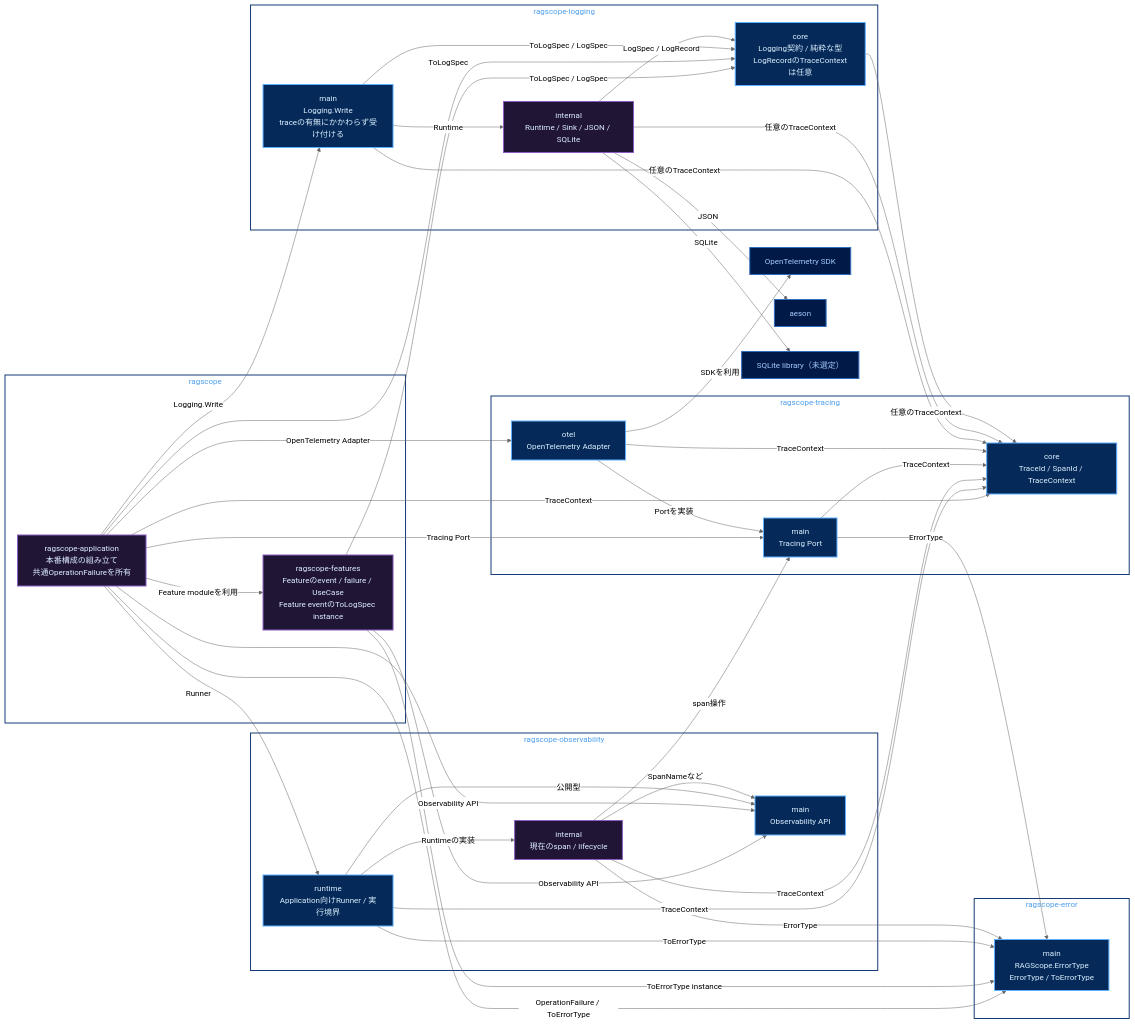
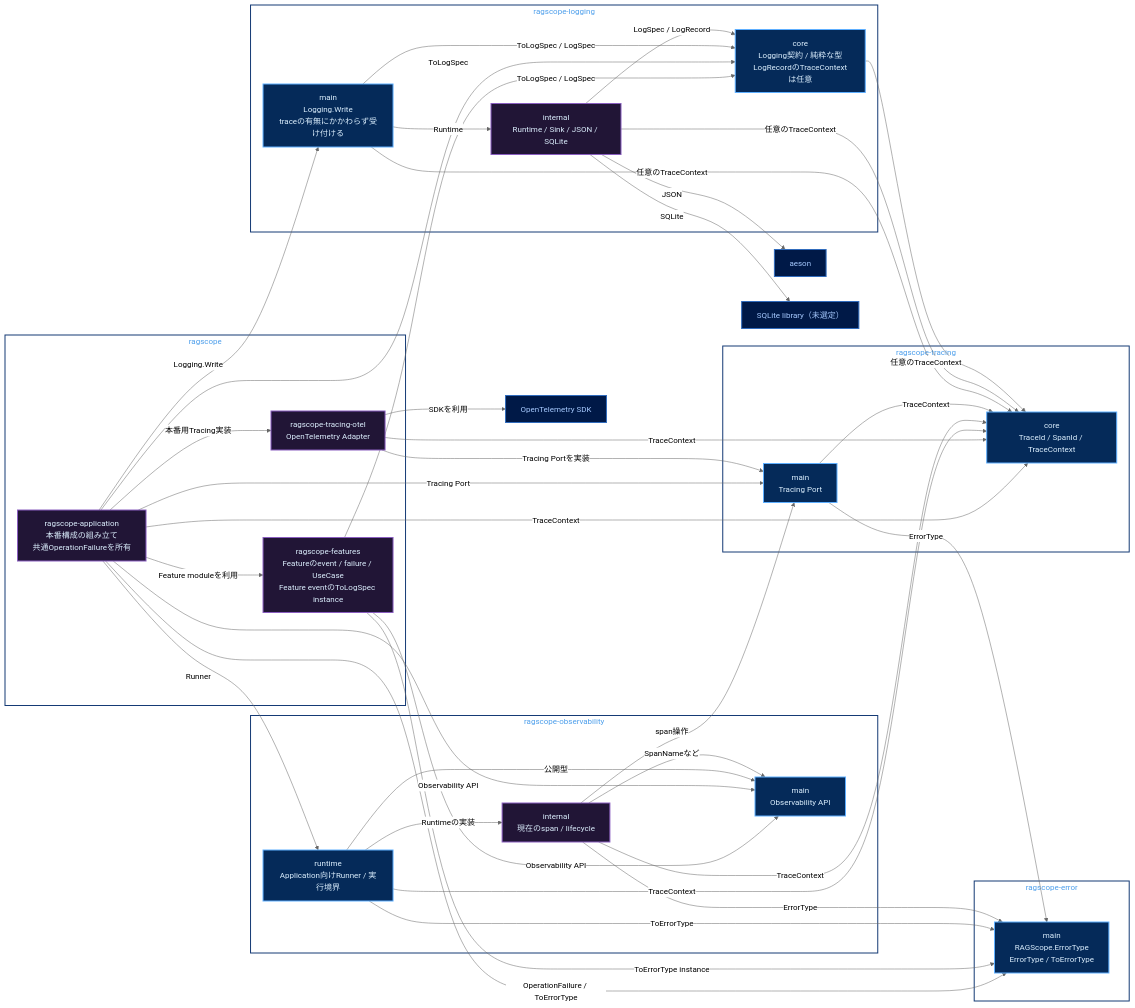
Before and after one commit to takashit16833/Workbench: the diagram in Notes/RAGScope/RAGScopeアプリケーション/実行追跡・構造化ログ静的依存図.md, drawn with Mermaid (neutral theme). The commit also changed 8 other files, not shown here.

Commit message:
docs: align OpenTelemetry adapter boundaries

```diff
--- a/Notes/RAGScope/RAGScopeアプリケーション/実行追跡・構造化ログ静的依存図.md
+++ b/Notes/RAGScope/RAGScopeアプリケーション/実行追跡・構造化ログ静的依存図.md
@@ -27,6 +27,7 @@
     subgraph pkg_ragscope["ragscope"]
         features["ragscope-features<br/>Featureのevent / failure / UseCase<br/>Feature eventのToLogSpec instance"]
         application["ragscope-application<br/>本番構成の組み立て<br/>共通OperationFailureを所有"]
+        tracing_otel["ragscope-tracing-otel<br/>OpenTelemetry Adapter"]
     end
 
     subgraph pkg_error["ragscope-error"]
@@ -41,7 +42,6 @@
 
     subgraph pkg_tracing["ragscope-tracing"]
         trace_main["main<br/>Tracing Port"]
-        trace_otel["otel<br/>OpenTelemetry Adapter"]
         trace_core["core<br/>TraceId / SpanId / TraceContext"]
     end
 
@@ -67,7 +67,11 @@
     application -->|ToLogSpec| log_core
     application -->|Tracing Port| trace_main
     application -->|TraceContext| trace_core
-    application -->|OpenTelemetry Adapter| trace_otel
+    application -->|本番用Tracing実装| tracing_otel
+
+    tracing_otel -->|Tracing Portを実装| trace_main
+    tracing_otel -->|TraceContext| trace_core
+    tracing_otel -->|SDKを利用| otel_sdk
 
     obs_runtime -->|Runtimeの実装| obs_internal
     obs_runtime -->|公開型| obs_main
@@ -81,9 +85,6 @@
 
     trace_main -->|TraceContext| trace_core
     trace_main -->|ErrorType| error_main
-    trace_otel -->|Portを実装| trace_main
-    trace_otel -->|TraceContext| trace_core
-    trace_otel -->|SDKを利用| otel_sdk
 
     log_main -->|Runtime| log_internal
     log_main -->|ToLogSpec / LogSpec| log_core
@@ -98,8 +99,8 @@
     classDef private fill:#211536,stroke:#8A5EC0,color:#DDF0FF,stroke-width:2px
     classDef external fill:#001947,stroke:#316CBD,color:#A6CAFF,stroke-width:2px
 
-    class error_main,obs_main,obs_runtime,trace_main,trace_otel,trace_core,log_core,log_main public
-    class features,application,obs_internal,log_internal private
+    class error_main,obs_main,obs_runtime,trace_main,trace_core,log_core,log_main public
+    class features,application,tracing_otel,obs_internal,log_internal private
     class otel_sdk,aeson,sqlite_lib external
 
     style pkg_ragscope fill:transparent,stroke:#153A75,color:#4C9EEB,stroke-width:2px
```
